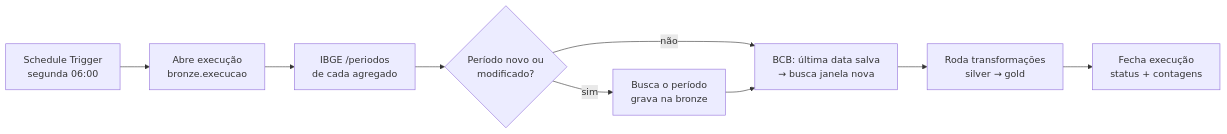
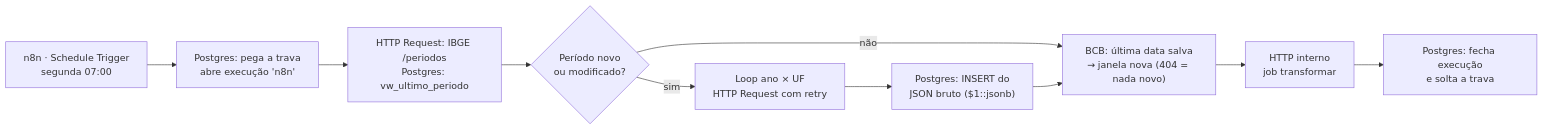
One commit to JJ-Junior/radar-expansao changed the fourth of 4 diagrams in spec.md. Above: the diagram before and after it, drawn with Mermaid. The commit also changed other lines of this file, not shown here.

````diff
--- a/spec.md
+++ b/spec.md
@@ -455,11 +549,12 @@
 ```mermaid
 flowchart LR
-    T[Schedule Trigger<br/>segunda 06:00] --> E[Abre execução<br/>bronze.execucao]
-    E --> P[IBGE /periodos<br/>de cada agregado]
-    P --> C{Período novo ou<br/>modificado?}
-    C -- sim --> I[Busca o período<br/>grava na bronze]
+    T["n8n · Schedule Trigger<br/>segunda 07:00"] --> K["Postgres: pega a trava<br/>abre execução 'n8n'"]
+    K --> P["HTTP Request: IBGE /periodos<br/>Postgres: vw_ultimo_periodo"]
+    P --> C{"Período novo<br/>ou modificado?"}
+    C -- sim --> L["Loop ano × UF<br/>HTTP Request com retry"]
     C -- não --> BCB
-    I --> BCB[BCB: última data salva<br/>→ busca janela nova]
-    BCB --> TR[Roda transformações<br/>silver → gold]
-    TR --> F[Fecha execução<br/>status + contagens]
+    L --> G["Postgres: INSERT do<br/>JSON bruto ($1::jsonb)"]
+    G --> BCB["BCB: última data salva<br/>→ janela nova (404 = nada novo)"]
+    BCB --> TR["HTTP interno<br/>job transformar"]
+    TR --> F["Postgres: fecha execução<br/>e solta a trava"]
 ```
````
